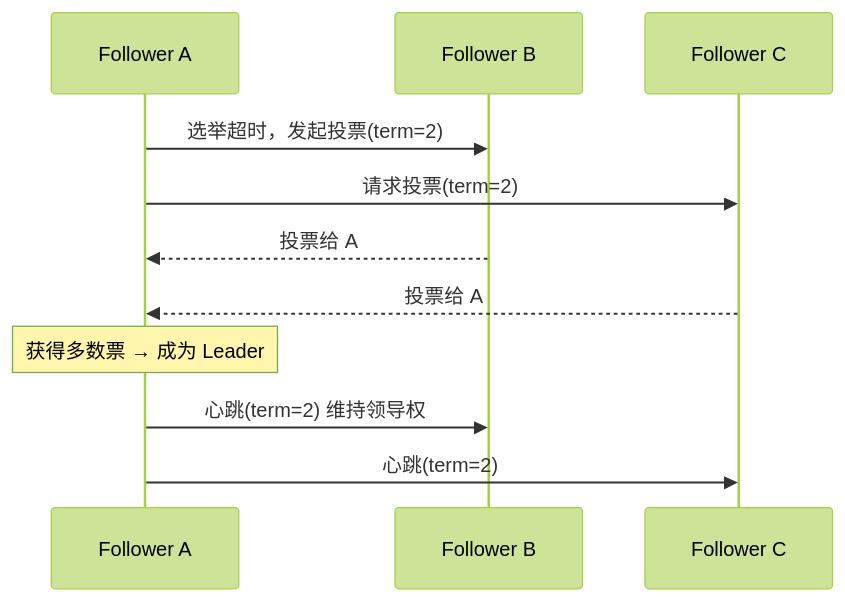
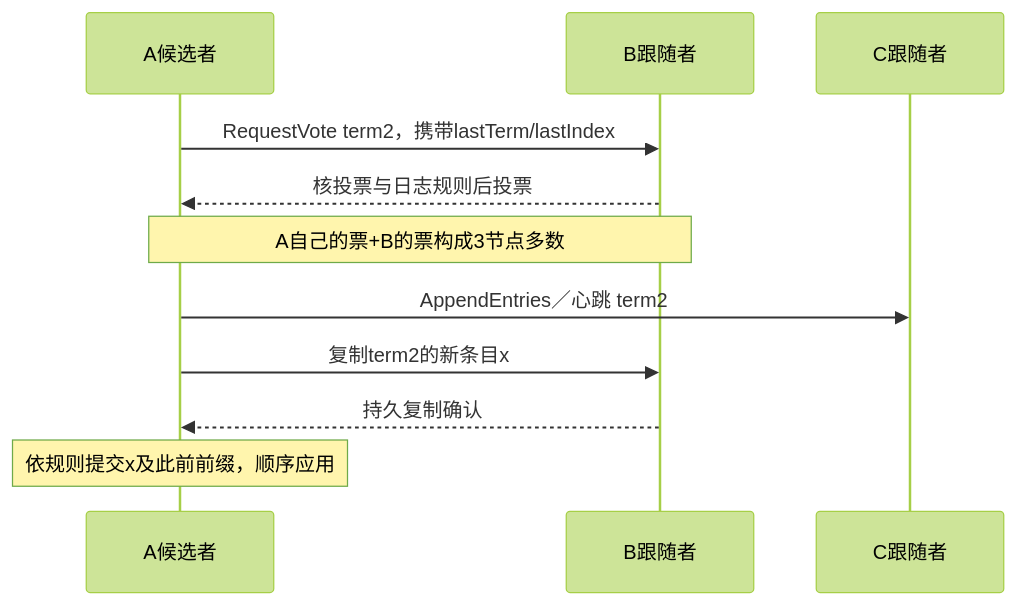
The fifth of 7 diagrams in 知识/07-网络与游戏服务端/持久化与分布式一致性/03-分布式与高可用.md (fantuan812/learning), drawn with Mermaid (forest theme) before and after one commit. The commit also changed other lines of this file and 1 other file, not shown here.

````diff
--- a/知识/07-网络与游戏服务端/持久化与分布式一致性/03-分布式与高可用.md
+++ b/知识/07-网络与游戏服务端/持久化与分布式一致性/03-分布式与高可用.md
@@ -221,13 +176,13 @@
 ```mermaid
 sequenceDiagram
-    participant F1 as Follower A
-    participant F2 as Follower B
-    participant C as Follower C
-    F1->>F2: 选举超时，发起投票(term=2)
-    F1->>C: 请求投票(term=2)
-    F2-->>F1: 投票给 A
-    C-->>F1: 投票给 A
-    Note over F1: 获得多数票 → 成为 Leader
-    F1->>F2: 心跳(term=2) 维持领导权
-    F1->>C: 心跳(term=2)
+    participant A as A候选者
+    participant B as B跟随者
+    participant C as C跟随者
+    A->>B: RequestVote term2，携带lastTerm/lastIndex
+    B-->>A: 核投票与日志规则后投票
+    Note over A,B: A自己的票+B的票构成3节点多数
+    A->>C: AppendEntries／心跳 term2
+    A->>B: 复制term2的新条目x
+    B-->>A: 持久复制确认
+    Note over A: 依规则提交x及此前前缀，顺序应用
 ```
````
